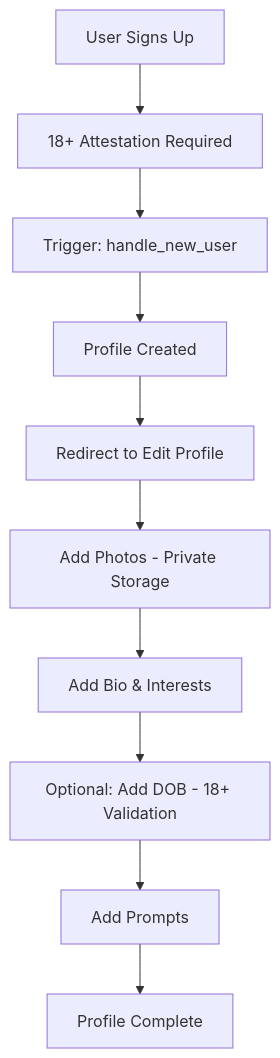
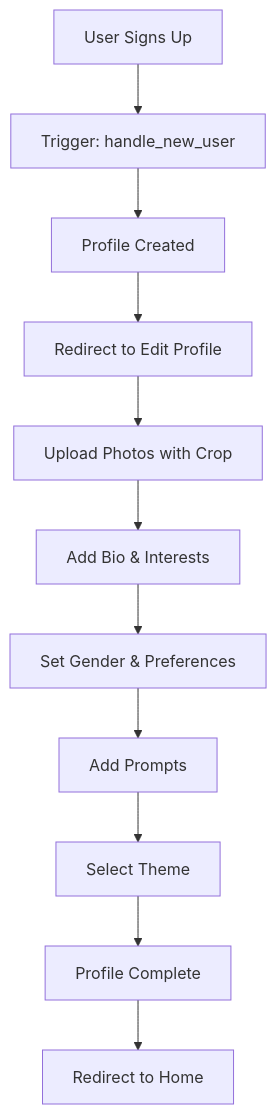
One commit to ketochiesesoyyo/konfetti-capacitor-integration changed the first of 12 diagrams in PRODUCT_REQUIREMENTS_DOCUMENT.md. Above: the diagram before and after it, drawn with Mermaid. The commit also changed other lines of this file, not shown here.

````diff
--- a/PRODUCT_REQUIREMENTS_DOCUMENT.md
+++ b/PRODUCT_REQUIREMENTS_DOCUMENT.md
@@ -1121,12 +3127,13 @@
 ```mermaid
 graph TD
-    A[User Signs Up] --> B[18+ Attestation Required]
-    B --> C[Trigger: handle_new_user]
-    C --> D[Profile Created]
-    D --> E[Redirect to Edit Profile]
-    E --> F[Add Photos - Private Storage]
-    F --> G[Add Bio & Interests]
-    G --> H[Optional: Add DOB - 18+ Validation]
-    H --> I[Add Prompts]
+    A[User Signs Up] --> B[Trigger: handle_new_user]
+    B --> C[Profile Created]
+    C --> D[Redirect to Edit Profile]
+    D --> E[Upload Photos with Crop]
+    E --> F[Add Bio & Interests]
+    F --> G[Set Gender & Preferences]
+    G --> H[Add Prompts]
+    H --> I[Select Theme]
     I --> J[Profile Complete]
+    J --> K[Redirect to Home]
 ```
````
